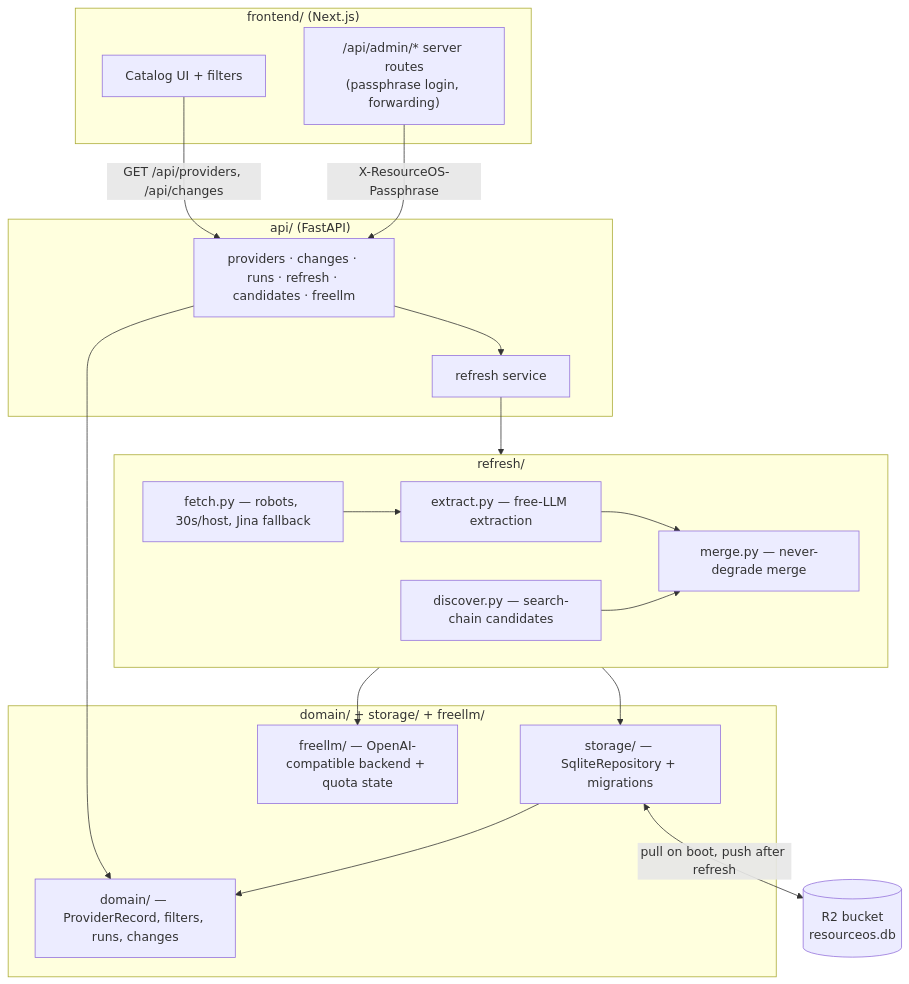
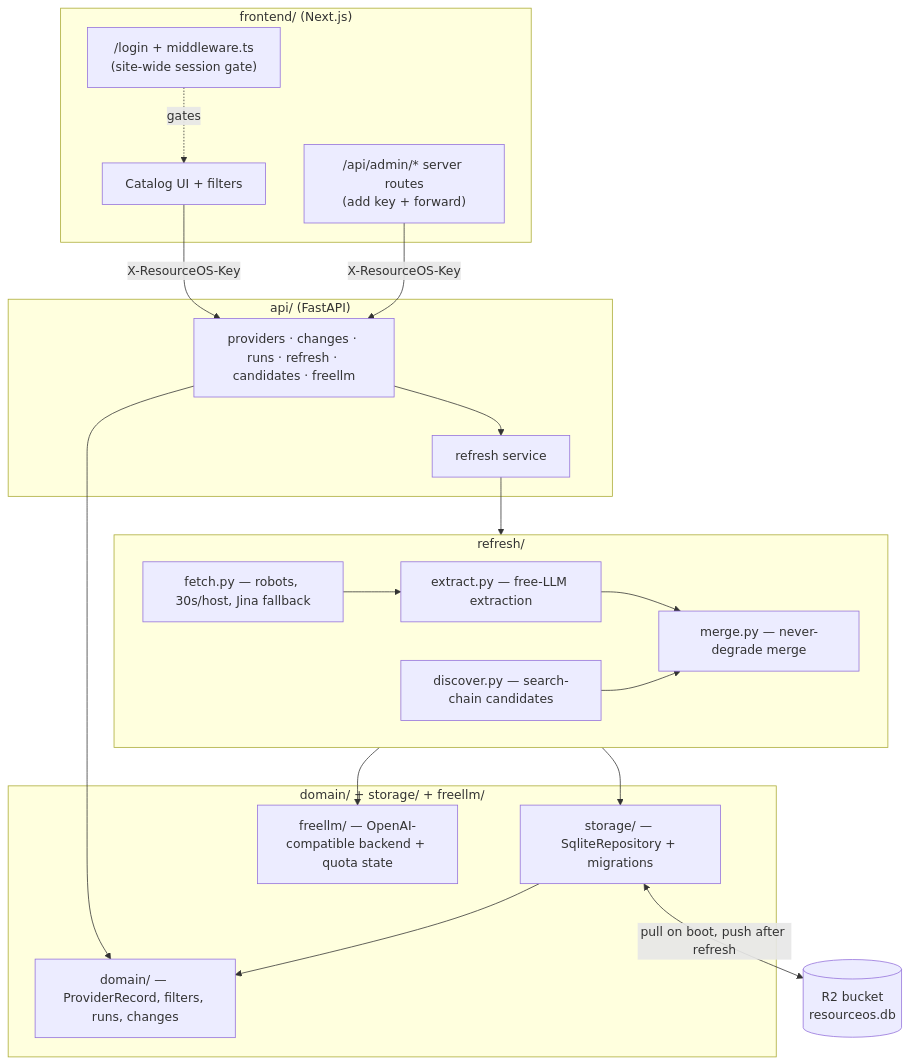
One commit to sudhir13s/startup-resources-free changed the diagram in architecture/architecture-notes.md. Above: the diagram before and after it, drawn with Mermaid. The commit also changed other lines of this file and 3 other files, not shown here.

First line of the commit message:
chore(config): add site-login env vars, drop RESOURCEOS_PASSPHRASE

````diff
--- a/architecture/architecture-notes.md
+++ b/architecture/architecture-notes.md
@@ -33,39 +34,41 @@
 ```mermaid
 flowchart TB
     subgraph Frontend["frontend/ (Next.js)"]
+        Login["/login + middleware.ts<br/>(site-wide session gate)"]
         UI[Catalog UI + filters]
-        AdminRoutes["/api/admin/* server routes<br/>(passphrase login, forwarding)"]
+        AdminRoutes["/api/admin/* server routes<br/>(add key + forward)"]
     end
 
     subgraph API["api/ (FastAPI)"]
         Routers[providers · changes · runs · refresh · candidates · freellm]
         RefreshSvc[refresh service]
     end
 
     subgraph Core["domain/ + storage/ + freellm/"]
         Domain[domain/ — ProviderRecord, filters, runs, changes]
         Storage[storage/ — SqliteRepository + migrations]
         FreeLLM[freellm/ — OpenAI-compatible backend + quota state]
     end
 
     subgraph RefreshPkg["refresh/"]
         Fetch[fetch.py — robots, 30s/host, Jina fallback]
         Extract[extract.py — free-LLM extraction]
         Merge[merge.py — never-degrade merge]
         Discover[discover.py — search-chain candidates]
     end
 
     R2Bucket[("R2 bucket<br/>resourceos.db")]
 
-    UI -->|GET /api/providers, /api/changes| Routers
-    AdminRoutes -->|X-ResourceOS-Passphrase| Routers
+    Login -.->|gates| UI
+    UI -->|X-ResourceOS-Key| Routers
+    AdminRoutes -->|X-ResourceOS-Key| Routers
     Routers --> Domain
     Routers --> RefreshSvc
     RefreshSvc --> RefreshPkg
     Fetch --> Extract --> Merge
     Discover --> Merge
     RefreshPkg --> FreeLLM
     RefreshPkg --> Storage
     Storage <-->|pull on boot, push after refresh| R2Bucket
     Storage --> Domain
 ```
````
